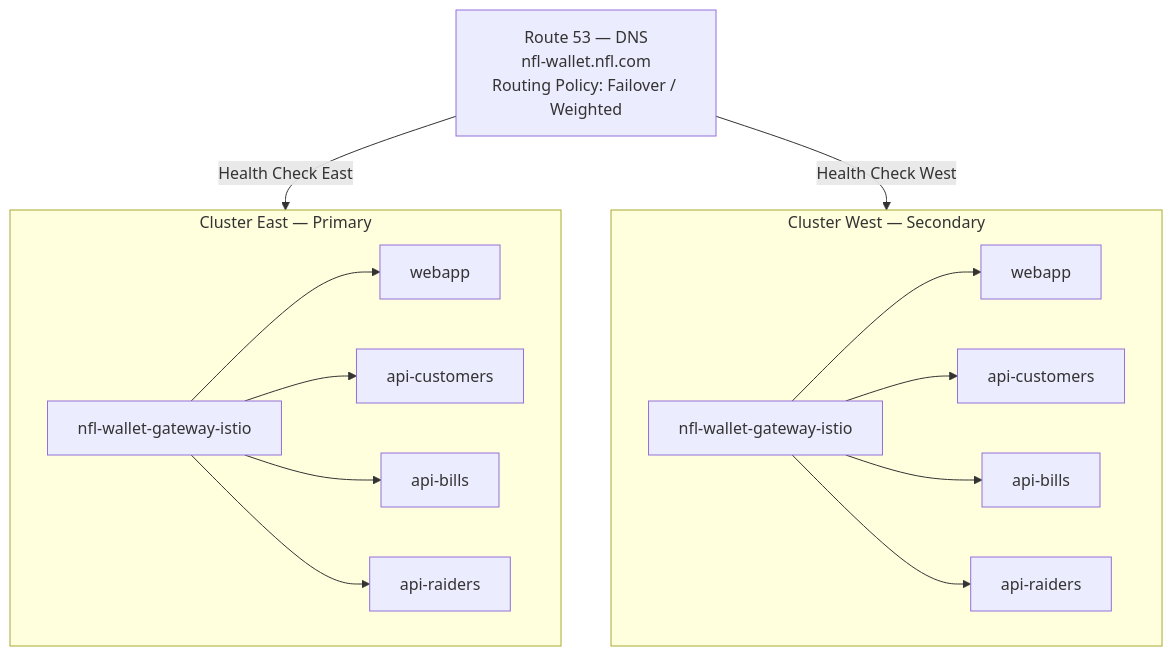
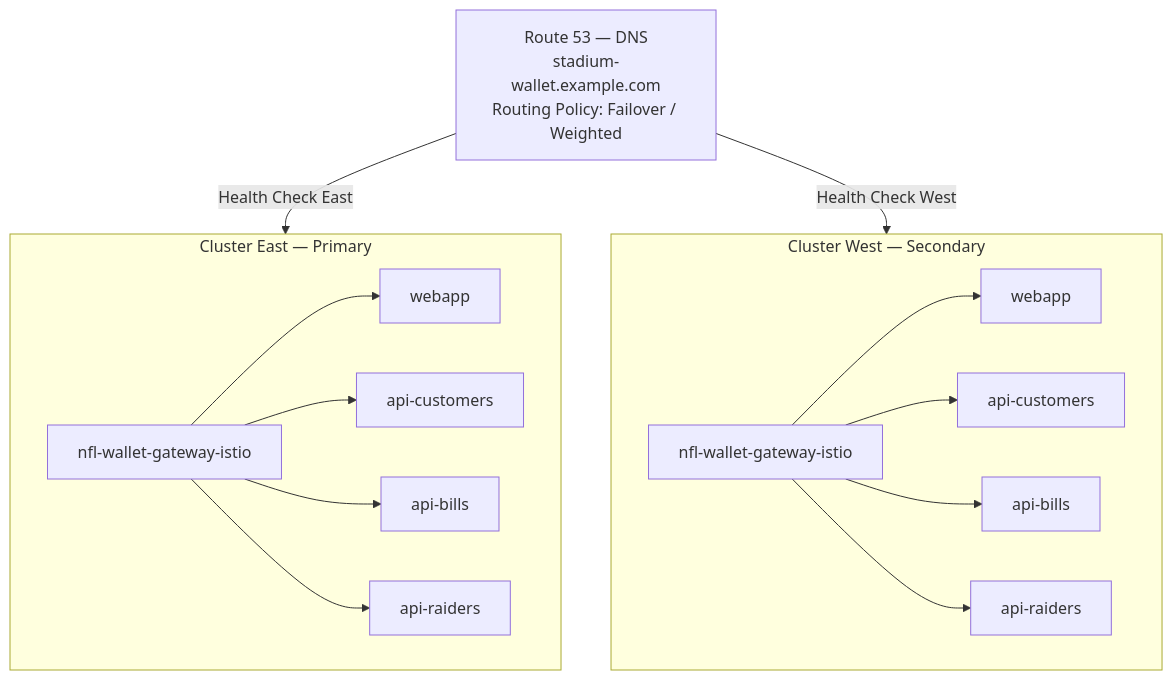
Before and after one commit to maximilianoPizarro/stadium-wallet: the third of 4 diagrams in docs/es/index.md, drawn with Mermaid. The commit also changed 1 other file, not shown here.

````diff
--- a/docs/es/index.md
+++ b/docs/es/index.md
@@ -985,31 +985,31 @@
 ```mermaid
 graph TD
-    DNS["Route 53 — DNS<br/>nfl-wallet.nfl.com<br/>Routing Policy: Failover / Weighted"]
+    DNS["Route 53 — DNS<br/>stadium-wallet.example.com<br/>Routing Policy: Failover / Weighted"]
 
     DNS -- "Health Check East" --> East
     DNS -- "Health Check West" --> West
 
     subgraph East["Cluster East — Primary"]
         E_GW["nfl-wallet-gateway-istio"]
         E_Web["webapp"]
         E_Cust["api-customers"]
         E_Bills["api-bills"]
         E_Raiders["api-raiders"]
         E_GW --> E_Web
         E_GW --> E_Cust
         E_GW --> E_Bills
         E_GW --> E_Raiders
     end
 
     subgraph West["Cluster West — Secondary"]
         W_GW["nfl-wallet-gateway-istio"]
         W_Web["webapp"]
         W_Cust["api-customers"]
         W_Bills["api-bills"]
         W_Raiders["api-raiders"]
         W_GW --> W_Web
         W_GW --> W_Cust
         W_GW --> W_Bills
         W_GW --> W_Raiders
     end
 ```
````
